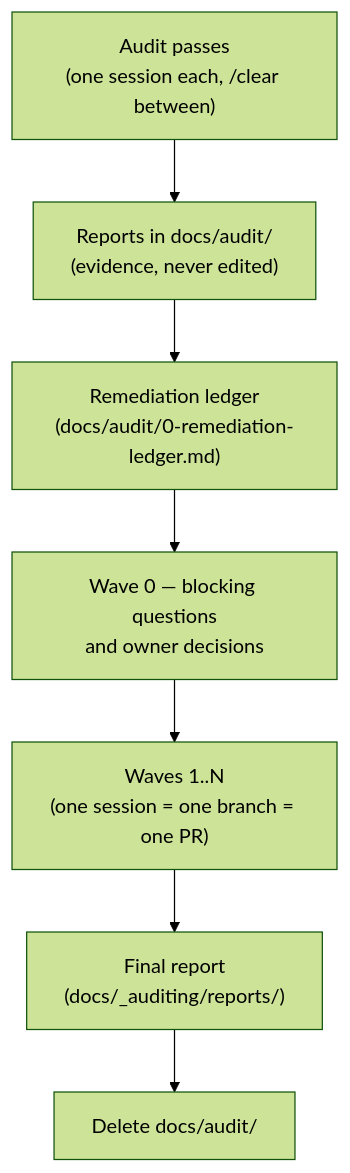
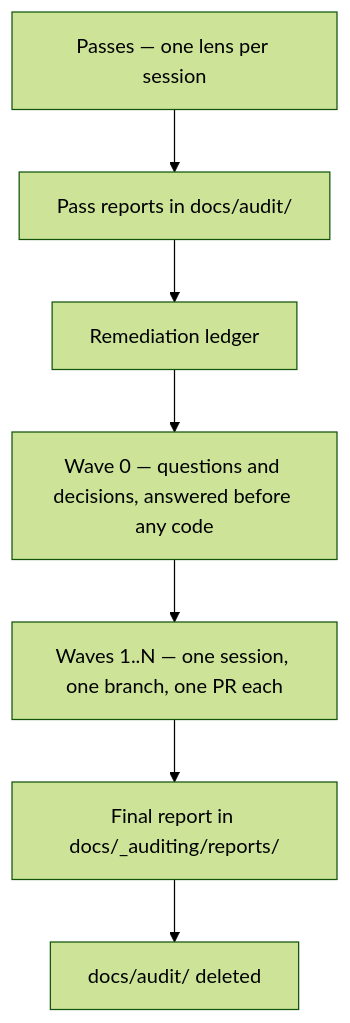
The diagram in docs/_auditing/README.md (felzab/frankfurtleague), drawn with Mermaid (forest theme) before and after one commit. The commit also changed other lines of this file and 25 other files, not shown here.

````diff
--- a/docs/_auditing/README.md
+++ b/docs/_auditing/README.md
@@ -26,9 +24,9 @@
 ```mermaid
 graph TD
-    p["Audit passes<br/>(one session each, /clear between)"] --> r["Reports in docs/audit/<br/>(evidence, never edited)"]
-    r --> l["Remediation ledger<br/>(docs/audit/0-remediation-ledger.md)"]
-    l --> w0["Wave 0 — blocking questions<br/>and owner decisions"]
-    w0 --> w["Waves 1..N<br/>(one session = one branch = one PR)"]
-    w --> f["Final report<br/>(docs/_auditing/reports/)"]
-    f --> d["Delete docs/audit/"]
+    p["Passes — one lens per session"] --> r["Pass reports in docs/audit/"]
+    r --> l["Remediation ledger"]
+    l --> w0["Wave 0 — questions and decisions, answered before any code"]
+    w0 --> w["Waves 1..N — one session, one branch, one PR each"]
+    w --> f["Final report in docs/_auditing/reports/"]
+    f --> d["docs/audit/ deleted"]
 ```
````
